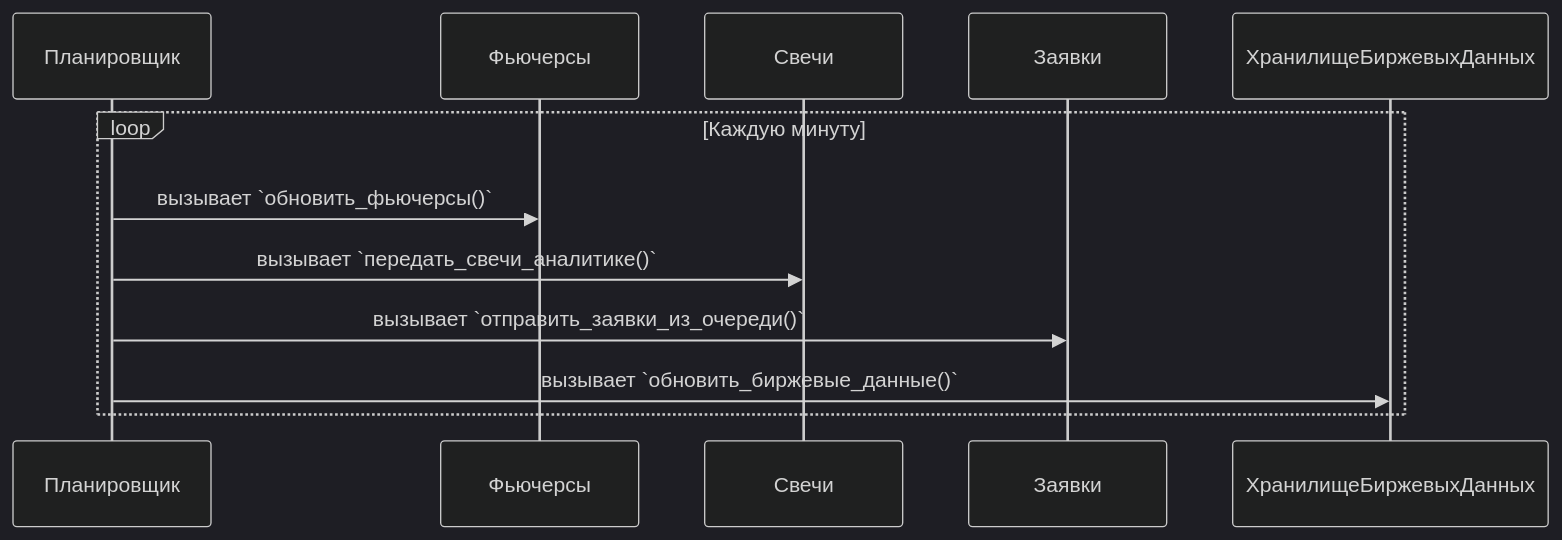
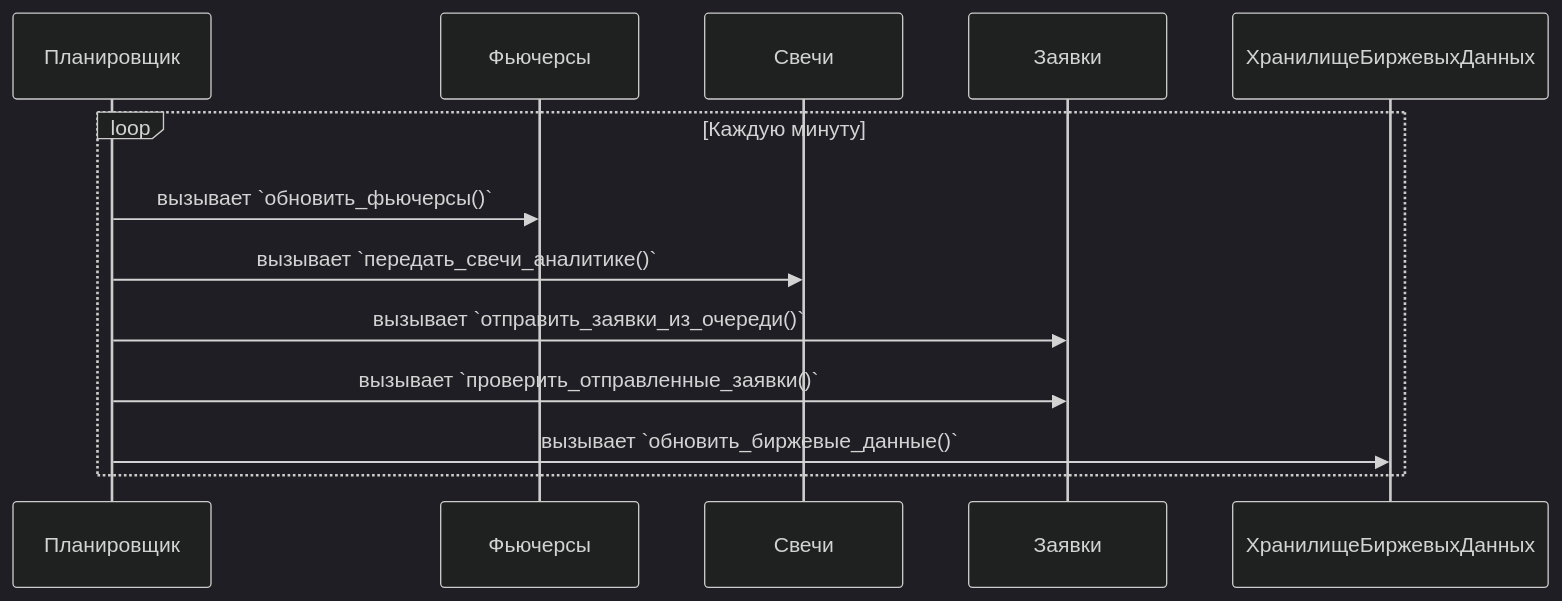
Before and after one commit to Marat22/MiriadRobotDocs: the third of 21 diagrams in robot-logic.md, drawn with Mermaid (dark theme). The commit also changed other lines of this file, not shown here.

````diff
--- a/robot-logic.md
+++ b/robot-logic.md
@@ -86,9 +87,10 @@
 ```mermaid
 sequenceDiagram
   loop Каждую минуту
   Планировщик->>Фьючерсы: вызывает `обновить_фьючерсы()`
   Планировщик->>Свечи: вызывает `передать_свечи_аналитике()`
   Планировщик->>Заявки: вызывает `отправить_заявки_из_очереди()`
+  Планировщик->>Заявки: вызывает `проверить_отправленные_заявки()`
   Планировщик->>ХранилищеБиржевыхДанных: вызывает `обновить_биржевые_данные()`
   end
 ```
````
